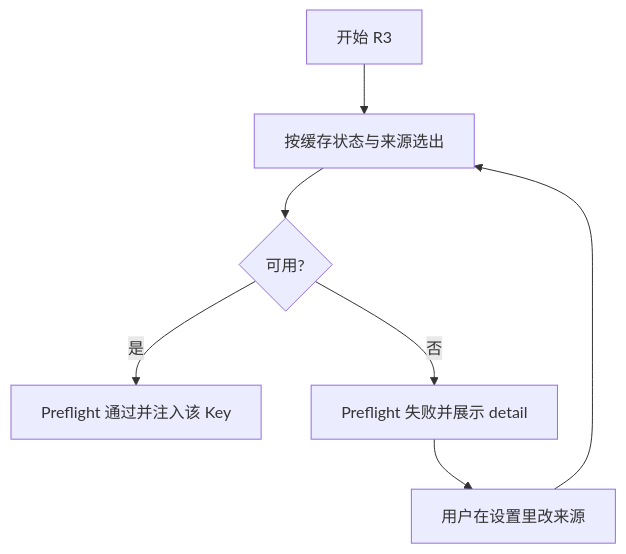
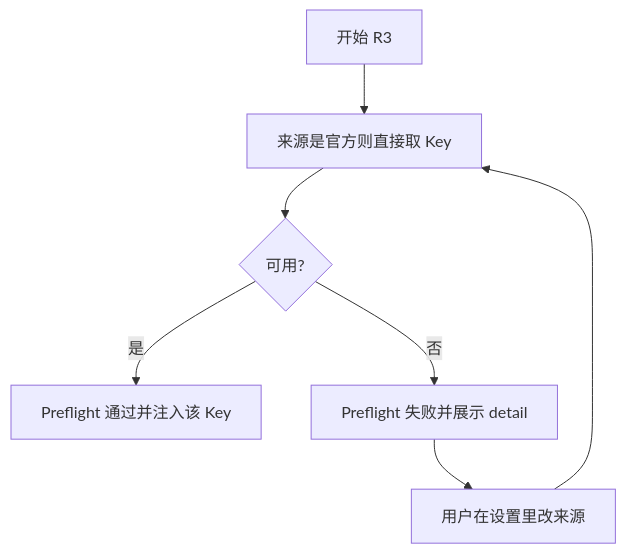
The diagram in docs/design/US-PK-C-04-与BYOK并存及停用提示.md (Pedro-MAFS/ftcs), drawn with Mermaid before and after one commit. The commit also changed other lines of this file and 3 other files, not shown here.

````diff
--- a/docs/design/US-PK-C-04-与BYOK并存及停用提示.md
+++ b/docs/design/US-PK-C-04-与BYOK并存及停用提示.md
@@ -140,16 +135,16 @@
 ```mermaid
 flowchart TD
   start[开始 R3]
-  pick[按缓存状态与来源选出]
+  pick[来源是官方则直接取 Key]
   ok{可用?}
   run[Preflight 通过并注入该 Key]
   block[Preflight 失败并展示 detail]
   switch[用户在设置里改来源]
 
   start --> pick
   pick --> ok
   ok -->|是| run
   ok -->|否| block
   block --> switch
   switch --> pick
 ```
````
